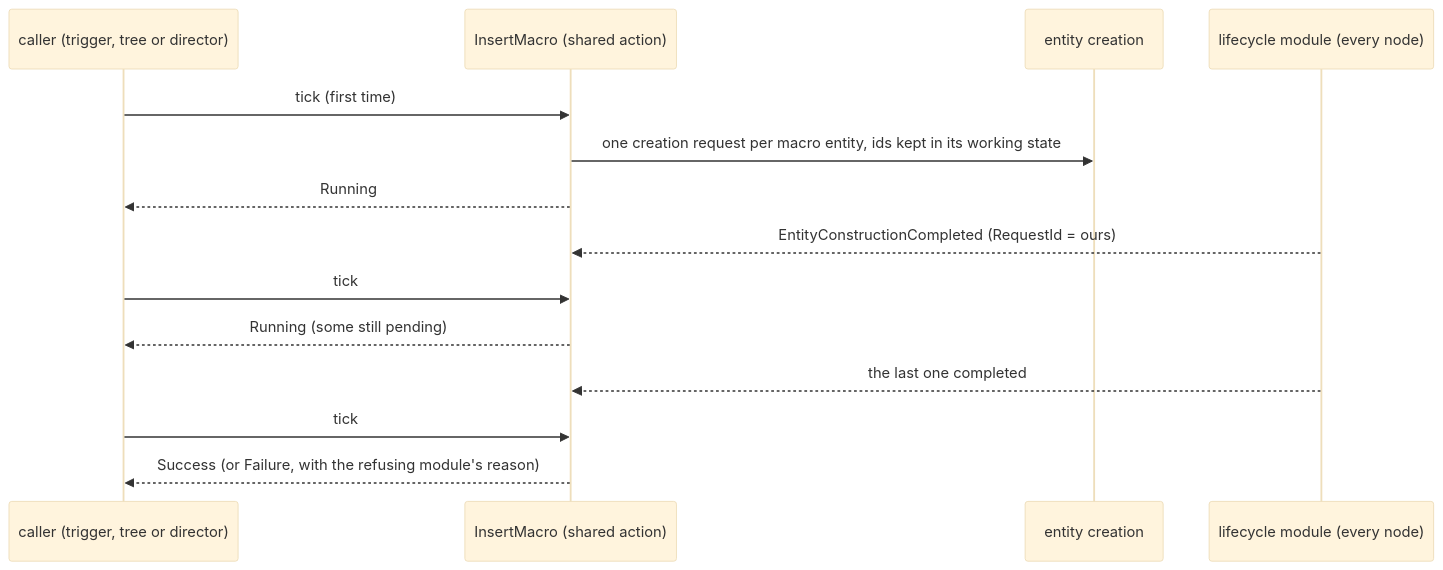
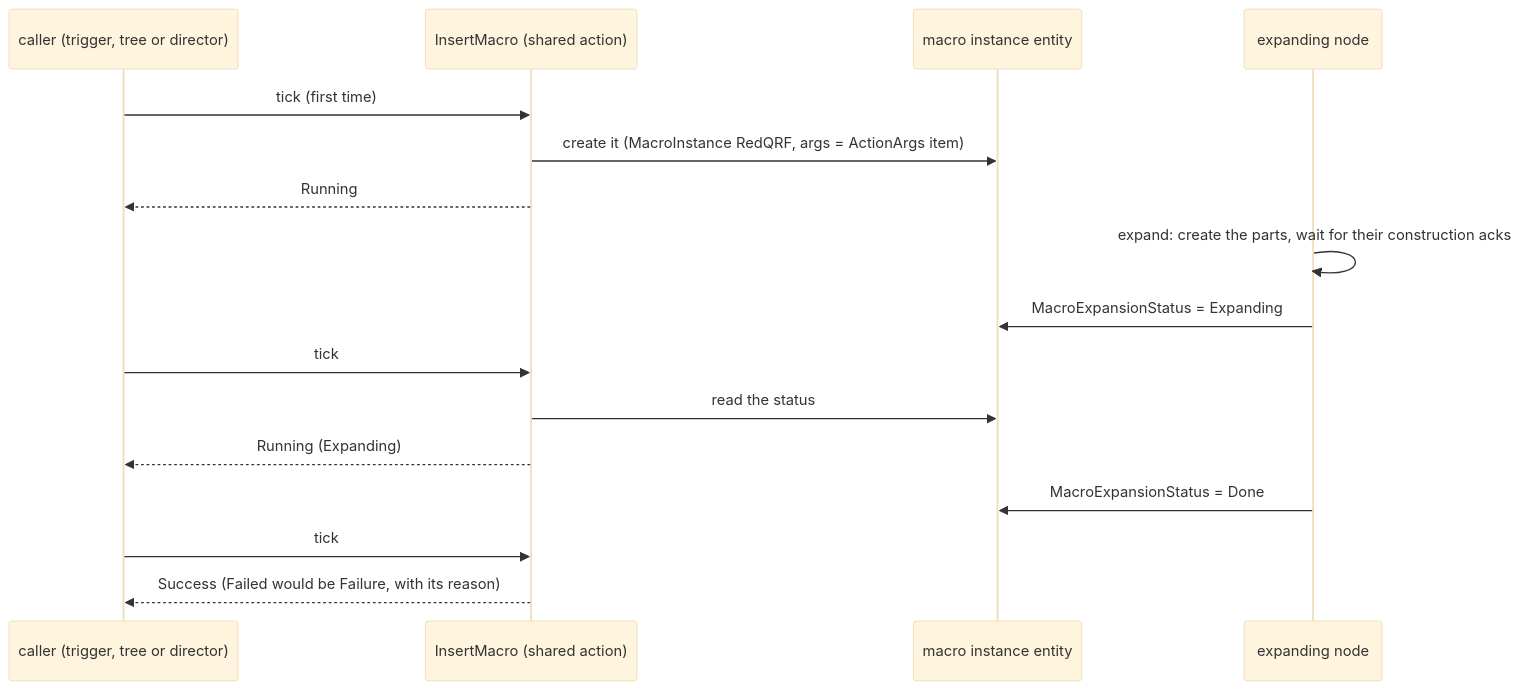
Before and after one commit to pjanec/HROT: the tenth of 11 diagrams in docs/EXPLAINER_Scenario_Evaluation_And_Direction.md, drawn with Mermaid (base theme). The commit also changed other lines of this file and 1 other file, not shown here.

First line of the commit message:
docs: SR-96 macro expansion reports its own outcome (MacroExpansionStatus); SR-97 one generic ActionArgs side record; explainer sequence updated

````diff
--- a/docs/EXPLAINER_Scenario_Evaluation_And_Direction.md
+++ b/docs/EXPLAINER_Scenario_Evaluation_And_Direction.md
@@ -269,16 +269,18 @@
 ```mermaid
 sequenceDiagram
     participant C as caller (trigger, tree or director)
     participant IM as InsertMacro (shared action)
-    participant EC as entity creation
-    participant LM as lifecycle module (every node)
+    participant MI as macro instance entity
+    participant X as expanding node
     C->>IM: tick (first time)
-    IM->>EC: one creation request per macro entity, ids kept in its working state
+    IM->>MI: create it (MacroInstance RedQRF, args = ActionArgs item)
     IM-->>C: Running
-    LM-->>IM: EntityConstructionCompleted (RequestId = ours)
+    X->>X: expand: create the parts, wait for their construction acks
+    X->>MI: MacroExpansionStatus = Expanding
     C->>IM: tick
-    IM-->>C: Running (some still pending)
-    LM-->>IM: the last one completed
+    IM->>MI: read the status
+    IM-->>C: Running (Expanding)
+    X->>MI: MacroExpansionStatus = Done
     C->>IM: tick
-    IM-->>C: Success (or Failure, with the refusing module's reason)
+    IM-->>C: Success (Failed would be Failure, with its reason)
 ```
````
